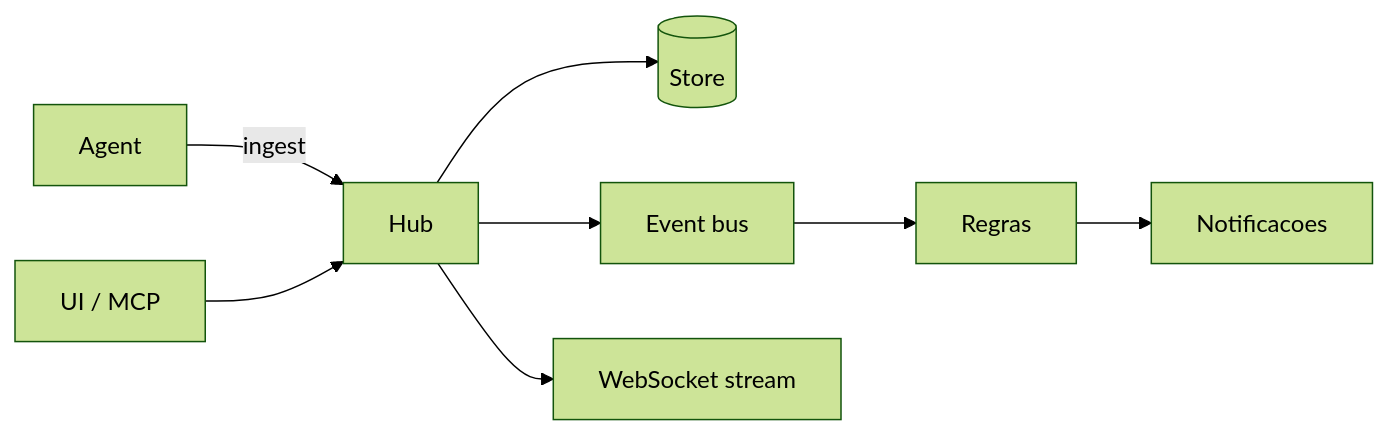
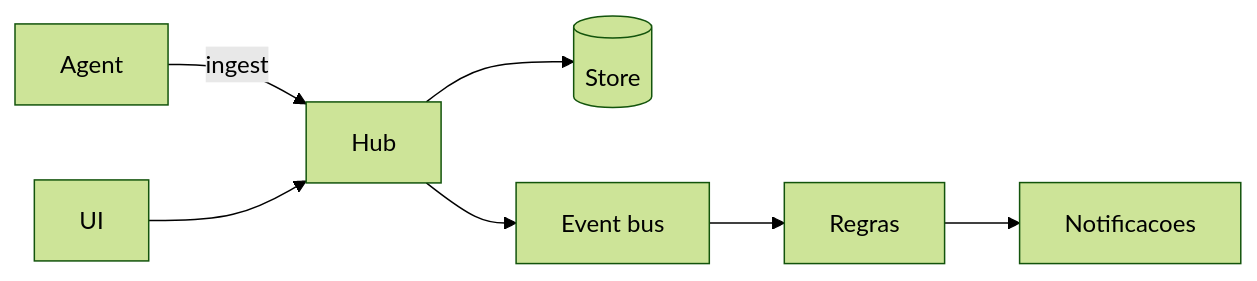
One commit to HarryRaddatz/argus-observability changed the diagram in README.md. Above: the diagram before and after it, drawn with Mermaid (forest theme). The commit also changed other lines of this file and 47 other files, not shown here.

````diff
--- a/README.md
+++ b/README.md
@@ -9,10 +36,9 @@
 ```mermaid
 flowchart LR
   Agent[Agent] -->|ingest| Hub[Hub]
   Hub --> Store[(Store)]
   Hub --> Bus[Event bus]
   Bus --> Rules[Regras]
   Rules --> Notify[Notificacoes]
-  UI[UI / MCP] --> Hub
-  Hub --> WS[WebSocket stream]
+  UI[UI] --> Hub
 ```
````
